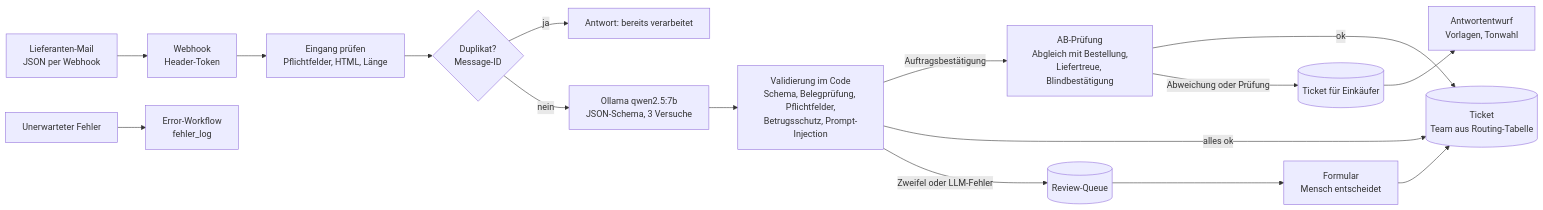
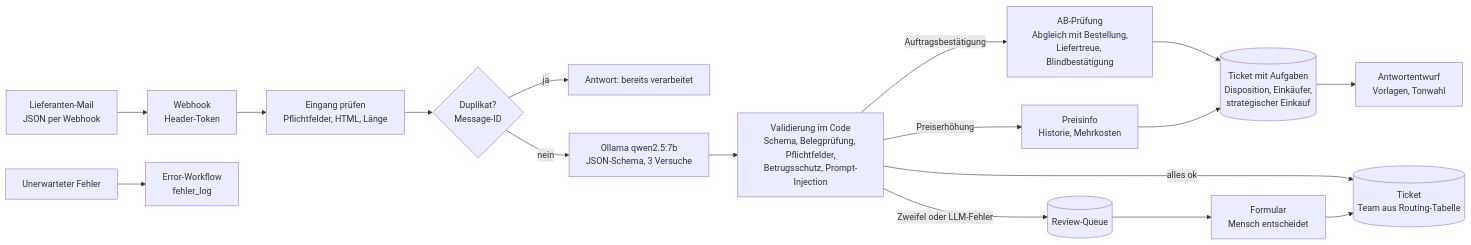
Before and after one commit to MaxXSammy/n8n-supplier-mail-triage: the diagram in README.md, drawn with Mermaid. The commit also changed other lines of this file and 24 other files, not shown here.

````diff
--- a/README.md
+++ b/README.md
@@ -69,18 +110,19 @@
 ```mermaid
 flowchart LR
     M[Lieferanten-Mail<br/>JSON per Webhook] --> W[Webhook<br/>Header-Token]
     W --> E[Eingang prüfen<br/>Pflichtfelder, HTML, Länge]
     E --> D{Duplikat?<br/>Message-ID}
     D -- ja --> R1[Antwort: bereits verarbeitet]
     D -- nein --> L[Ollama qwen2.5:7b<br/>JSON-Schema, 3 Versuche]
     L --> V[Validierung im Code<br/>Schema, Belegprüfung, Pflichtfelder,<br/>Betrugsschutz, Prompt-Injection]
     V -- Auftragsbestätigung --> AB[AB-Prüfung<br/>Abgleich mit Bestellung,<br/>Liefertreue, Blindbestätigung]
-    AB -- ok --> T
-    AB -- Abweichung oder Prüfung --> EK[(Ticket für Einkäufer)]
-    EK --> AE[Antwortentwurf<br/>Vorlagen, Tonwahl]
+    V -- Preiserhöhung --> PE[Preisinfo<br/>Historie, Mehrkosten]
+    AB --> A[(Ticket mit Aufgaben<br/>Disposition, Einkäufer,<br/>strategischer Einkauf)]
+    PE --> A
+    A --> AE[Antwortentwurf<br/>Vorlagen, Tonwahl]
     V -- alles ok --> T[(Ticket<br/>Team aus Routing-Tabelle)]
     V -- Zweifel oder LLM-Fehler --> Q[(Review-Queue)]
     Q --> F[Formular<br/>Mensch entscheidet]
     F --> T
     X[Unerwarteter Fehler] --> EW[Error-Workflow<br/>fehler_log]
 ```
````
